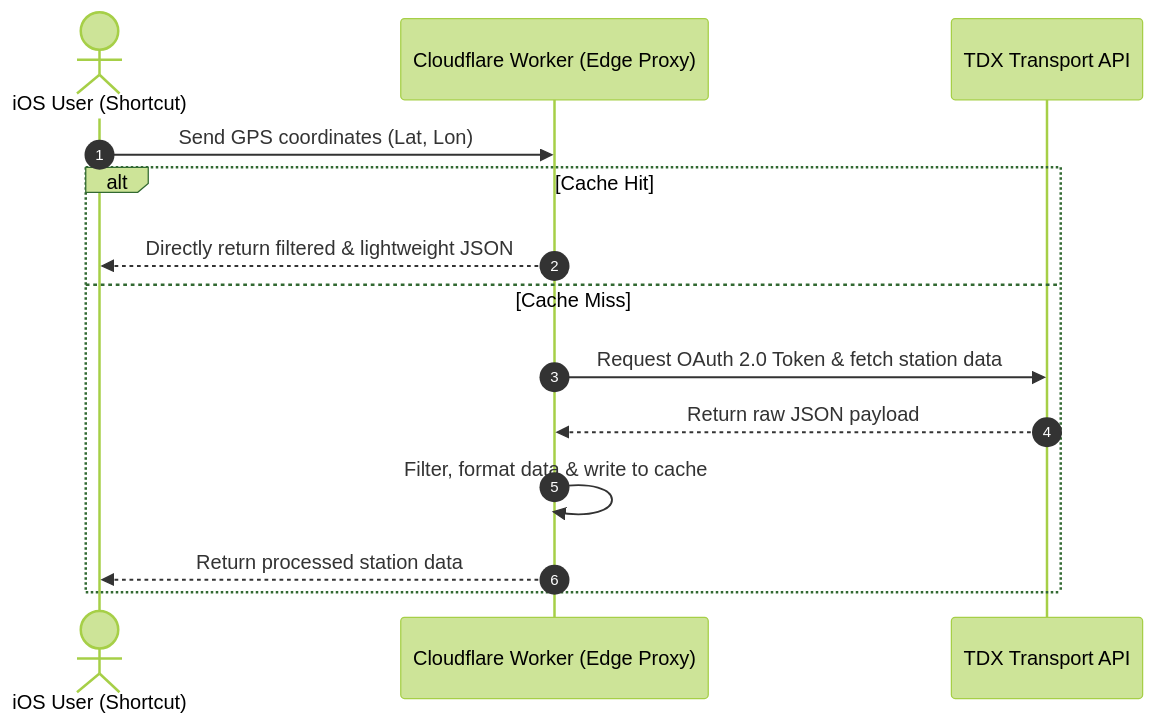
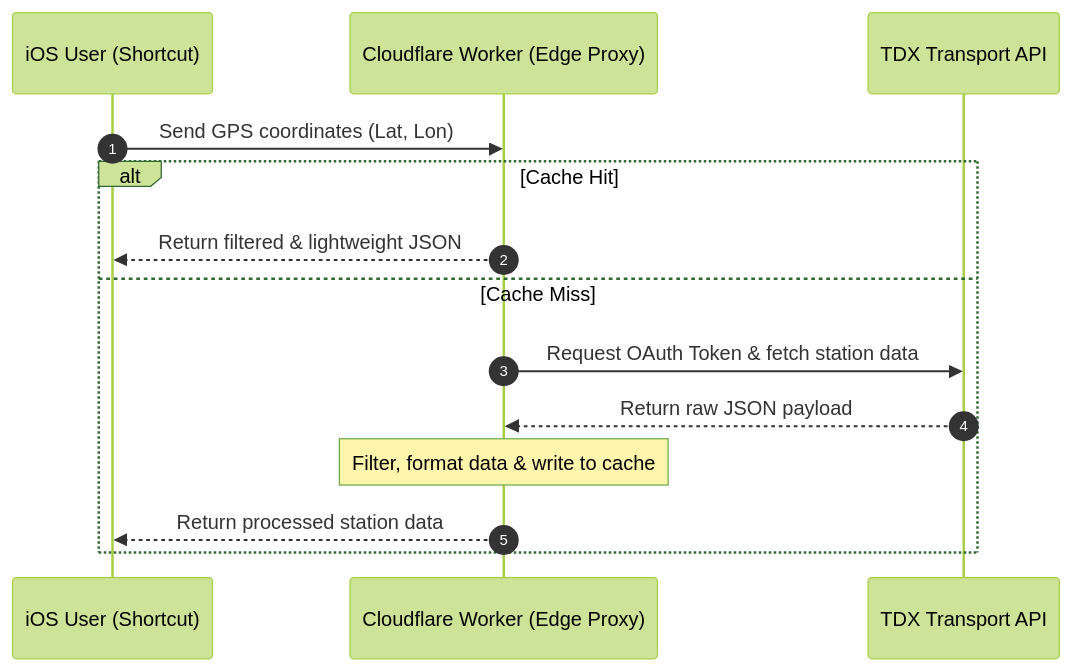
The second of 2 diagrams in README.md (091cc/youbike_shortcut), drawn with Mermaid (forest theme) before and after one commit. The commit also changed other lines of this file, not shown here.

````diff
--- a/README.md
+++ b/README.md
@@ -154,17 +154,17 @@
 ```mermaid
 sequenceDiagram
     autonumber
-    actor User as iOS User (Shortcut)
+    participant User as iOS User (Shortcut)
     participant Worker as Cloudflare Worker (Edge Proxy)
     participant TDX as TDX Transport API
     
     User->>Worker: Send GPS coordinates (Lat, Lon)
     alt Cache Hit
-        Worker-->>User: Directly return filtered & lightweight JSON
+        Worker-->>User: Return filtered & lightweight JSON
     else Cache Miss
-        Worker->>TDX: Request OAuth 2.0 Token & fetch station data
+        Worker->>TDX: Request OAuth Token & fetch station data
         TDX-->>Worker: Return raw JSON payload
-        Worker->>Worker: Filter, format data & write to cache
+        Note over Worker: Filter, format data & write to cache
         Worker-->>User: Return processed station data
     end
 ```
````
